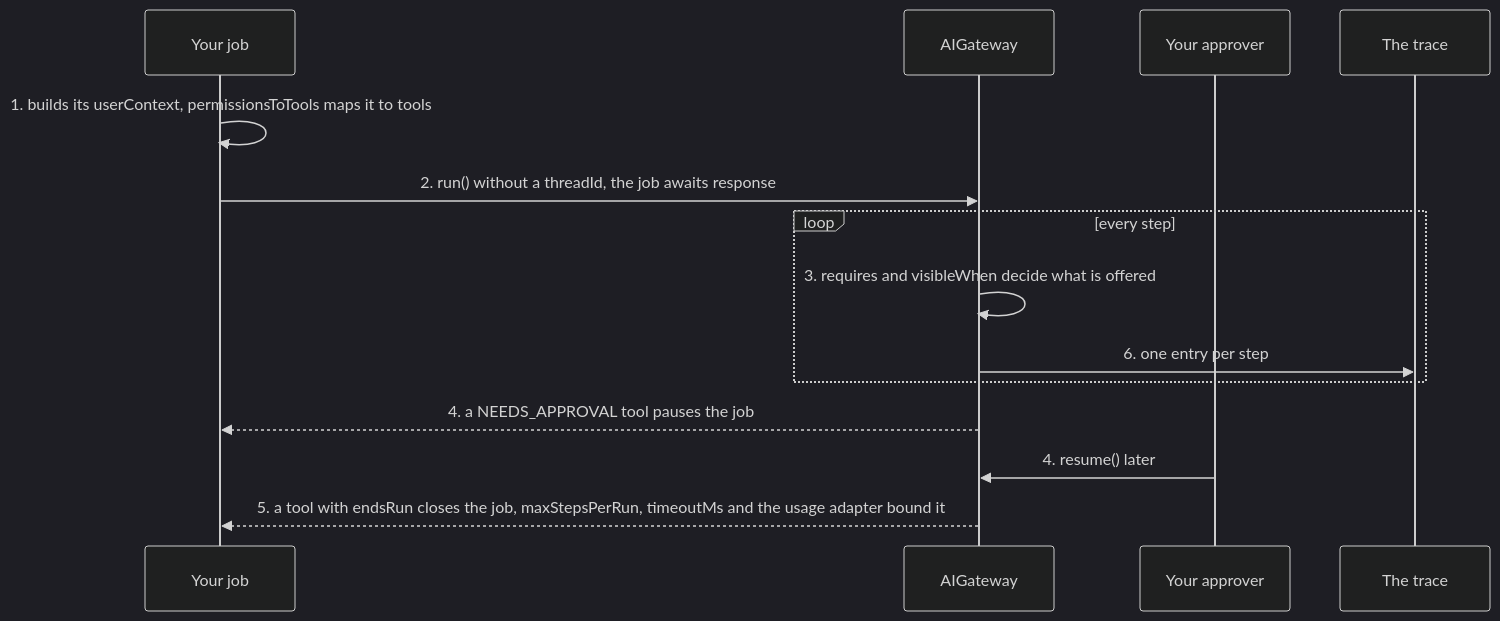
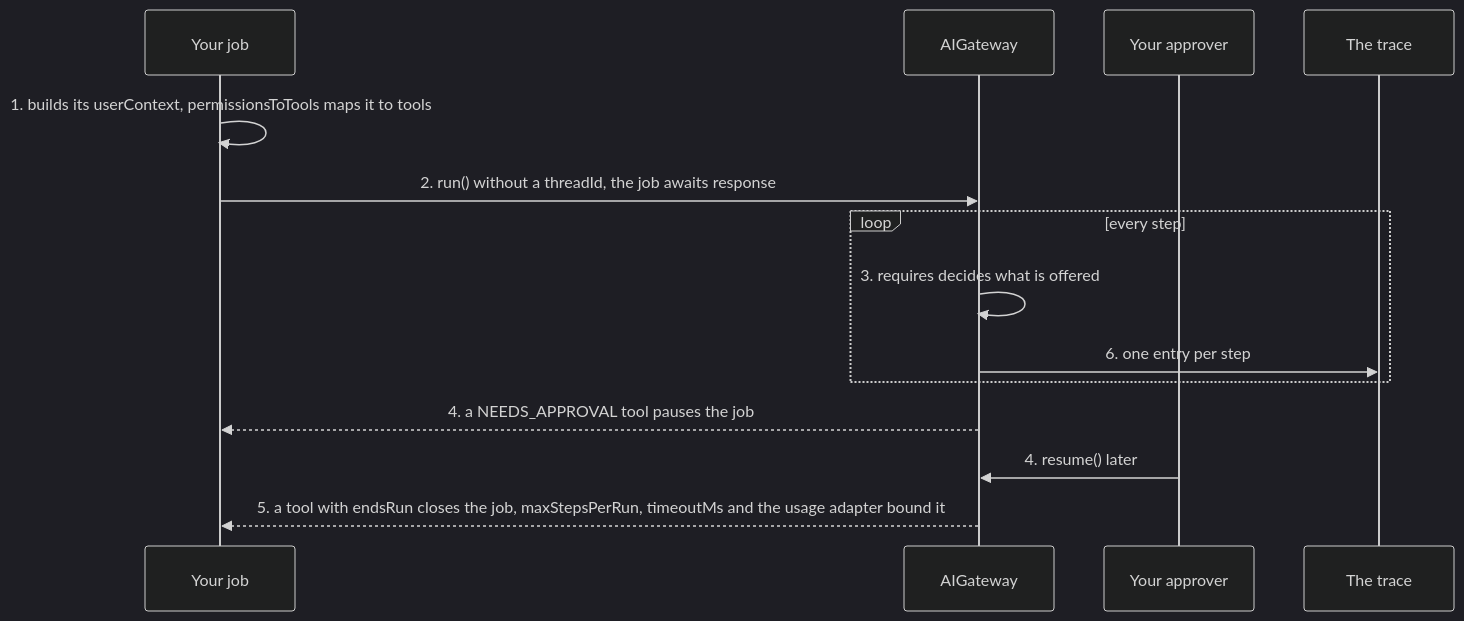
Before and after one commit to aneldev/dyna-ai-gateway: the diagram in docs/24-learning-paths/130-automate-a-back-office-task.md, drawn with Mermaid (dark theme). The commit also changed other lines of this file and 15 other files, not shown here.

````diff
--- a/docs/24-learning-paths/130-automate-a-back-office-task.md
+++ b/docs/24-learning-paths/130-automate-a-back-office-task.md
@@ -46,16 +46,16 @@
 ```mermaid
 sequenceDiagram
   participant Job as Your job
   participant GW as AIGateway
   participant Ap as Your approver
   participant T as The trace
   Job->>Job: 1. builds its userContext, permissionsToTools maps it to tools
   Job->>GW: 2. run() without a threadId, the job awaits response
   loop every step
-    GW->>GW: 3. requires and visibleWhen decide what is offered
+    GW->>GW: 3. requires decides what is offered
     GW->>T: 6. one entry per step
   end
   GW-->>Job: 4. a NEEDS_APPROVAL tool pauses the job
   Ap->>GW: 4. resume() later
   GW-->>Job: 5. a tool with endsRun closes the job, maxStepsPerRun, timeoutMs and the usage adapter bound it
 ```
````
